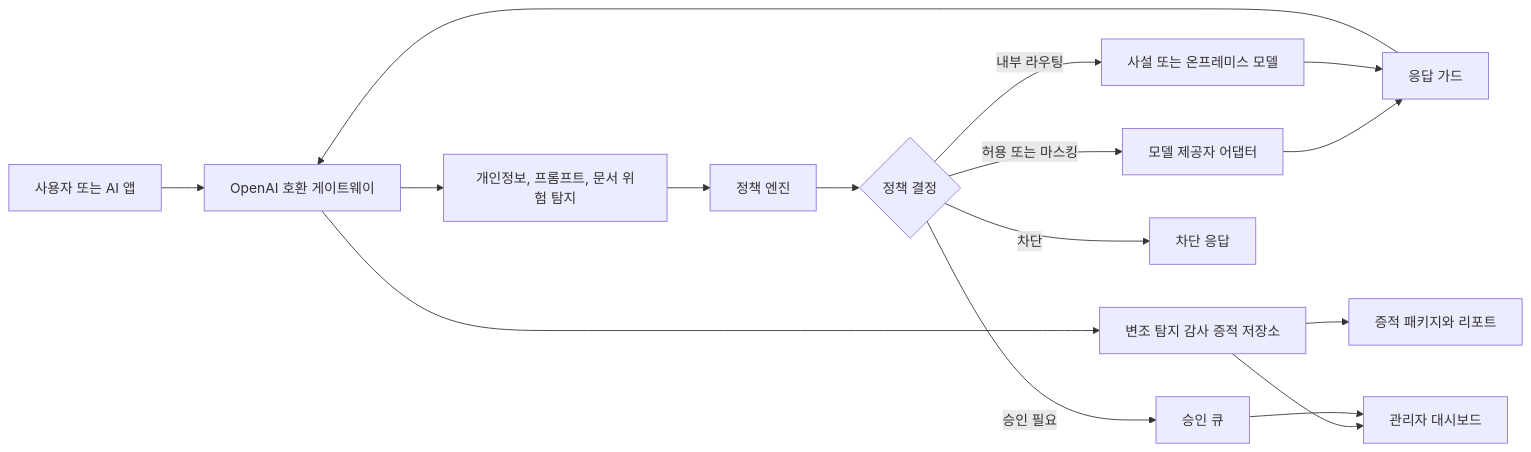
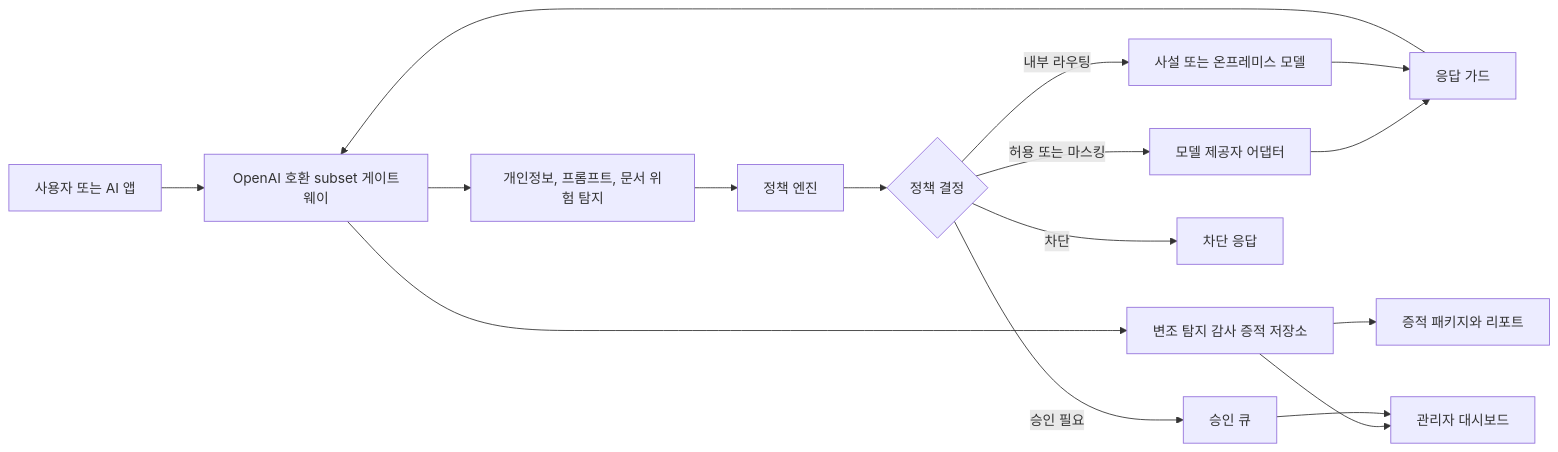
One commit to sinmb79/k-ai-security-gateway changed the first of 2 diagrams in README.ko.md. Above: the diagram before and after it, drawn with Mermaid. The commit also changed other lines of this file and 22 other files, not shown here.

````diff
--- a/README.ko.md
+++ b/README.ko.md
@@ -46,18 +46,18 @@
 ```mermaid
 flowchart LR
-    User["사용자 또는 AI 앱"] --> Gateway["OpenAI 호환 게이트웨이"]
+    User["사용자 또는 AI 앱"] --> Gateway["OpenAI 호환 subset 게이트웨이"]
     Gateway --> Detectors["개인정보, 프롬프트, 문서 위험 탐지"]
     Detectors --> Policy["정책 엔진"]
     Policy --> Decision{"정책 결정"}
     Decision -->|허용 또는 마스킹| Provider["모델 제공자 어댑터"]
     Decision -->|내부 라우팅| PrivateModel["사설 또는 온프레미스 모델"]
     Decision -->|승인 필요| Approval["승인 큐"]
     Decision -->|차단| Blocked["차단 응답"]
     Provider --> ResponseGuard["응답 가드"]
     PrivateModel --> ResponseGuard
     ResponseGuard --> Gateway
     Gateway --> Audit["변조 탐지 감사 증적 저장소"]
     Audit --> Reports["증적 패키지와 리포트"]
     Audit --> Admin["관리자 대시보드"]
     Approval --> Admin
 ```
````
